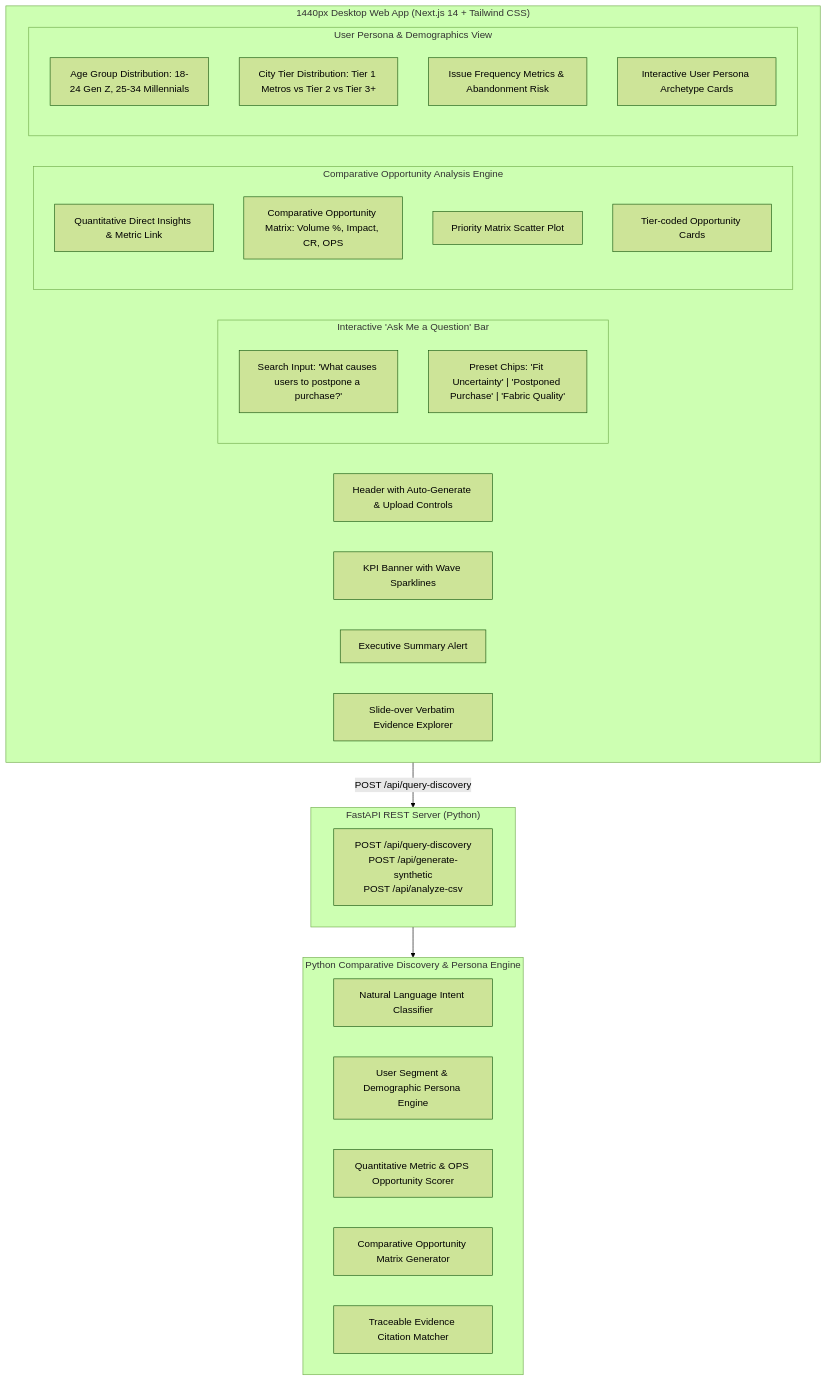
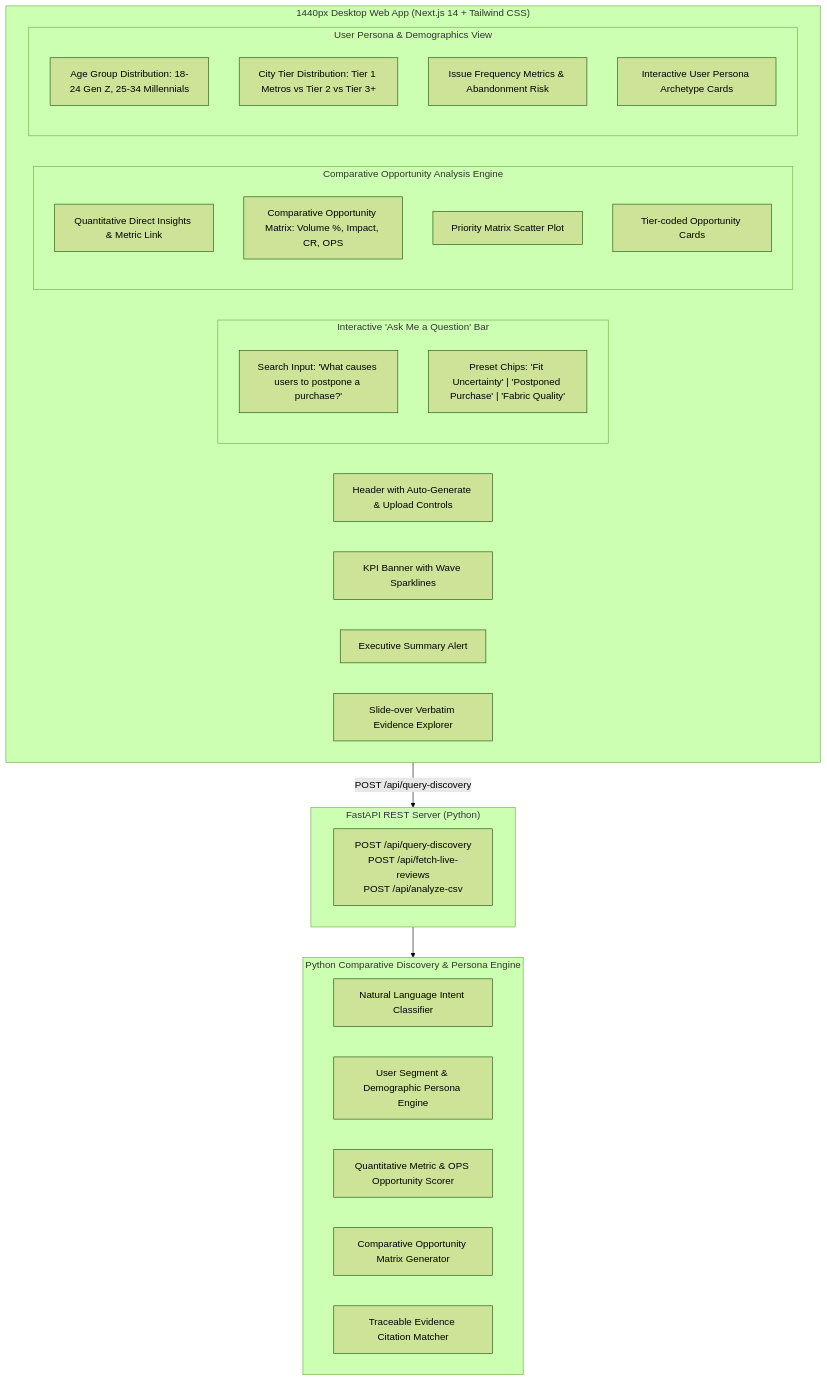
Before and after one commit to Teja-Nimushakavi/AI-Powered-Discovery-Engine: the diagram in implementation_plan.md, drawn with Mermaid (forest theme). The commit also changed other lines of this file and 16 other files, not shown here.

Commit message:
Replace synthetic generation with live multi-source web scraper

````diff
--- a/implementation_plan.md
+++ b/implementation_plan.md
@@ -21,45 +21,45 @@
 ```mermaid
 flowchart TB
     subgraph Frontend["1440px Desktop Web App (Next.js 14 + Tailwind CSS)"]
         Nav[Header with Auto-Generate & Upload Controls]
         
         subgraph QueryBar["Interactive 'Ask Me a Question' Bar"]
             Input["Search Input: 'What causes users to postpone a purchase?'"]
             Presets["Preset Chips: 'Fit Uncertainty' | 'Postponed Purchase' | 'Fabric Quality'"]
         end
         
         KPI[KPI Banner with Wave Sparklines]
         Exec[Executive Summary Alert]
         
         subgraph DiscoveryResults["Comparative Opportunity Analysis Engine"]
             DirectAnswer[Quantitative Direct Insights & Metric Link]
             CompareTable[Comparative Opportunity Matrix: Volume %, Impact, CR, OPS]
             Matrix[Priority Matrix Scatter Plot]
             OppCards[Tier-coded Opportunity Cards]
         end
         
         subgraph DemographicsView["User Persona & Demographics View"]
             AgeDist[Age Group Distribution: 18-24 Gen Z, 25-34 Millennials]
             TierDist[City Tier Distribution: Tier 1 Metros vs Tier 2 vs Tier 3+]
             FreqDist[Issue Frequency Metrics & Abandonment Risk]
             PersonaCards[Interactive User Persona Archetype Cards]
         end
 
         Drawer[Slide-over Verbatim Evidence Explorer]
     end
 
     subgraph RESTAPI["FastAPI REST Server (Python)"]
-        Endpoints["POST /api/query-discovery\nPOST /api/generate-synthetic\nPOST /api/analyze-csv"]
+        Endpoints["POST /api/query-discovery\nPOST /api/fetch-live-reviews\nPOST /api/analyze-csv"]
     end
 
     subgraph QueryEngine["Python Comparative Discovery & Persona Engine"]
         QueryClassifier[Natural Language Intent Classifier]
         PersonaMapper[User Segment & Demographic Persona Engine]
         QuantAnalyzer[Quantitative Metric & OPS Opportunity Scorer]
         ComparativeSynthesizer[Comparative Opportunity Matrix Generator]
         CitationMatcher[Traceable Evidence Citation Matcher]
     end
 
     Frontend --> |POST /api/query-discovery| RESTAPI
     RESTAPI --> QueryEngine
 ```
````
